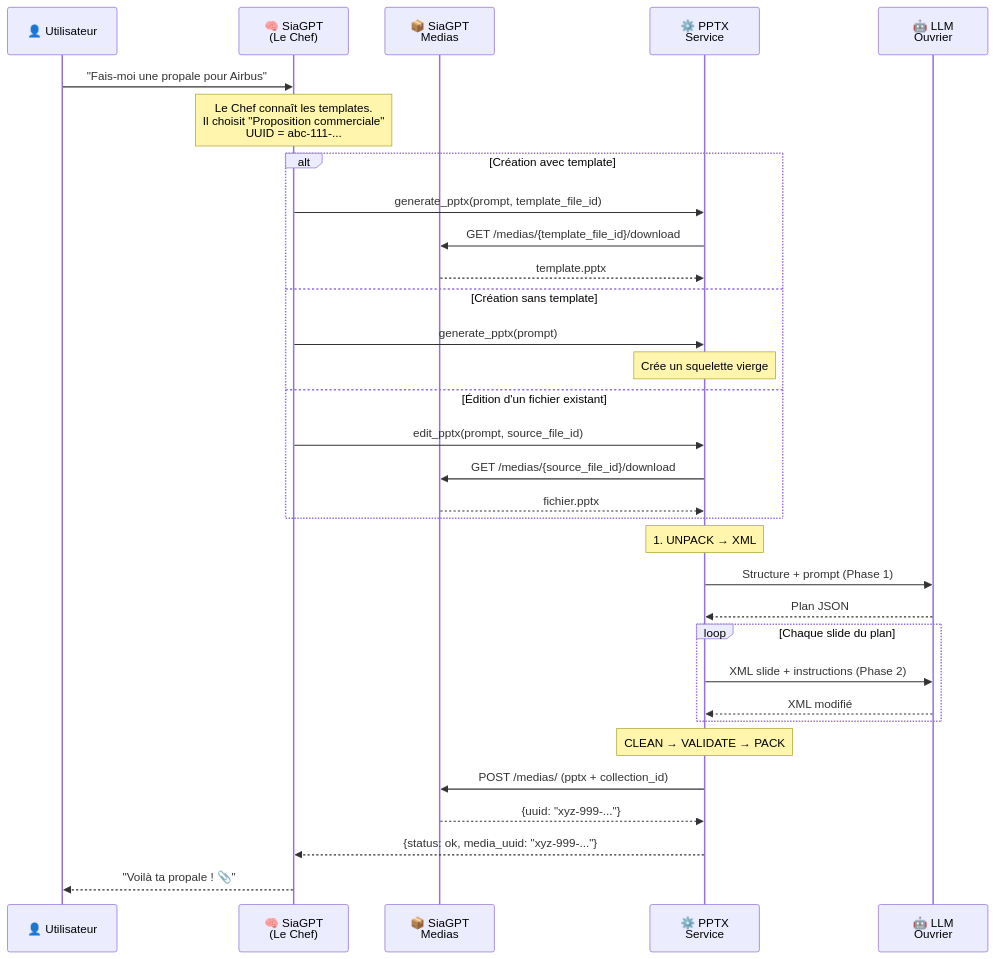
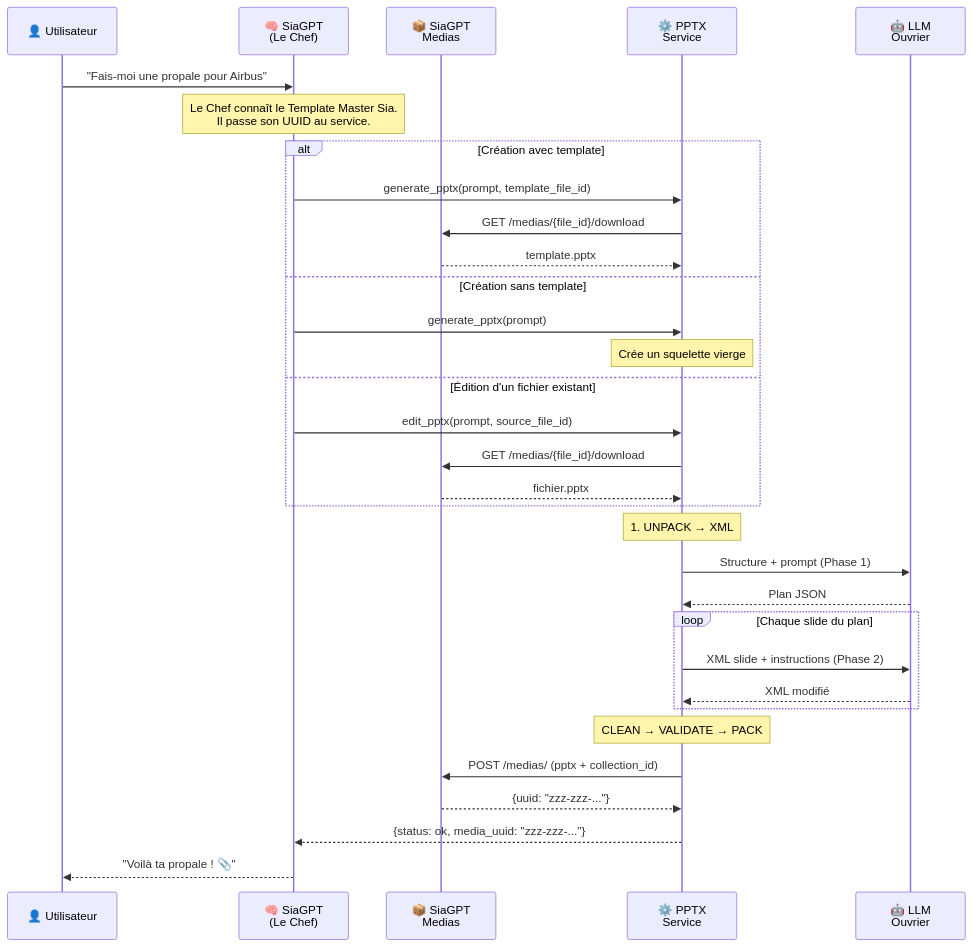
The first of 2 diagrams in README.md (eldjoudjou/pptx-service), drawn with Mermaid before and after one commit. The commit also changed other lines of this file, not shown here.

````diff
--- a/README.md
+++ b/README.md
@@ -84,43 +82,43 @@
 ```mermaid
 sequenceDiagram
     participant U as 👤 Utilisateur
     participant S as 🧠 SiaGPT<br/>(Le Chef)
     participant M as 📦 SiaGPT<br/>Medias
     participant P as ⚙️ PPTX<br/>Service
     participant L as 🤖 LLM<br/>Ouvrier
 
     U->>S: "Fais-moi une propale pour Airbus"
 
-    Note over S: Le Chef connaît les templates.<br/>Il choisit "Proposition commerciale"<br/>UUID = abc-111-...
+    Note over S: Le Chef connaît le Template Master Sia.<br/>Il passe son UUID au service.
 
     alt Création avec template
         S->>P: generate_pptx(prompt, template_file_id)
-        P->>M: GET /medias/{template_file_id}/download
+        P->>M: GET /medias/{file_id}/download
         M-->>P: template.pptx
     else Création sans template
         S->>P: generate_pptx(prompt)
         Note over P: Crée un squelette vierge
     else Édition d'un fichier existant
         S->>P: edit_pptx(prompt, source_file_id)
-        P->>M: GET /medias/{source_file_id}/download
+        P->>M: GET /medias/{file_id}/download
         M-->>P: fichier.pptx
     end
 
     Note over P: 1. UNPACK → XML
 
     P->>L: Structure + prompt (Phase 1)
     L-->>P: Plan JSON
 
     loop Chaque slide du plan
         P->>L: XML slide + instructions (Phase 2)
         L-->>P: XML modifié
     end
 
     Note over P: CLEAN → VALIDATE → PACK
 
     P->>M: POST /medias/ (pptx + collection_id)
-    M-->>P: {uuid: "xyz-999-..."}
+    M-->>P: {uuid: "zzz-zzz-..."}
 
-    P-->>S: {status: ok, media_uuid: "xyz-999-..."}
+    P-->>S: {status: ok, media_uuid: "zzz-zzz-..."}
     S-->>U: "Voilà ta propale ! 📎"
 ```
````
